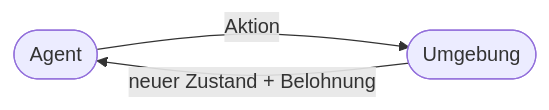
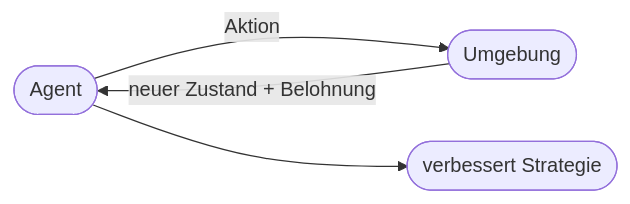
Before and after one commit to Qualidy/Prompt-Engineering-KI-in-der-Arbeitswelt: the first of 2 diagrams in docs/content/kapitel17.md, drawn with Mermaid. The commit also changed other lines of this file and 80 other files, not shown here.

````diff
--- a/docs/content/kapitel17.md
+++ b/docs/content/kapitel17.md
@@ -20,5 +28,6 @@
 ```mermaid
 flowchart LR
     A([Agent]) -->|Aktion| B([Umgebung])
     B -->|neuer Zustand + Belohnung| A
+    A --> C([verbessert Strategie])
 ```
````
